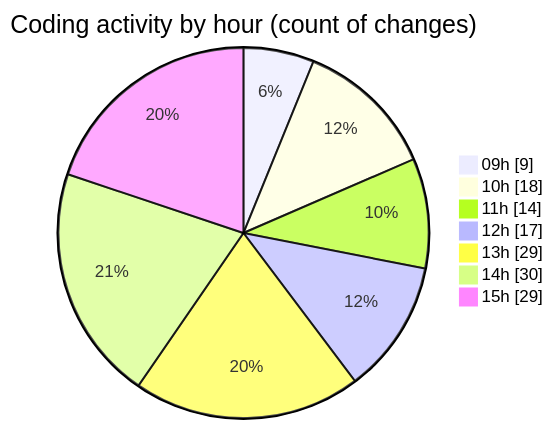
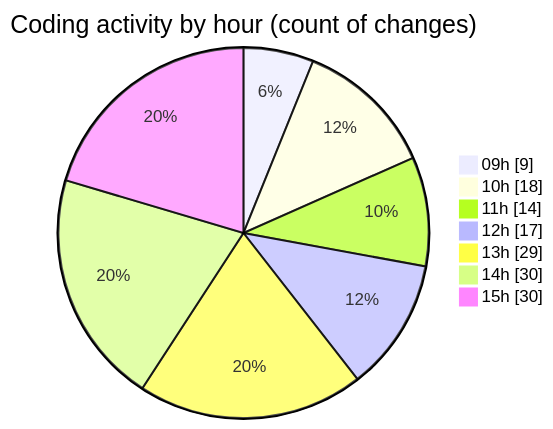
Before and after one commit to momahboobian/code-tracking: the second of 2 diagrams in 2025-03-24/cda/README.md, drawn with Mermaid. The commit also changed other lines of this file and 1 other file, not shown here.

````diff
--- a/2025-03-24/cda/README.md
+++ b/2025-03-24/cda/README.md
@@ -54,11 +54,11 @@
 ```mermaid
 pie showData
 title Coding activity by hour (count of changes)
 "09h" : 9
 "10h" : 18
 "11h" : 14
 "12h" : 17
 "13h" : 29
 "14h" : 30
-"15h" : 29
+"15h" : 30
 ```
````
